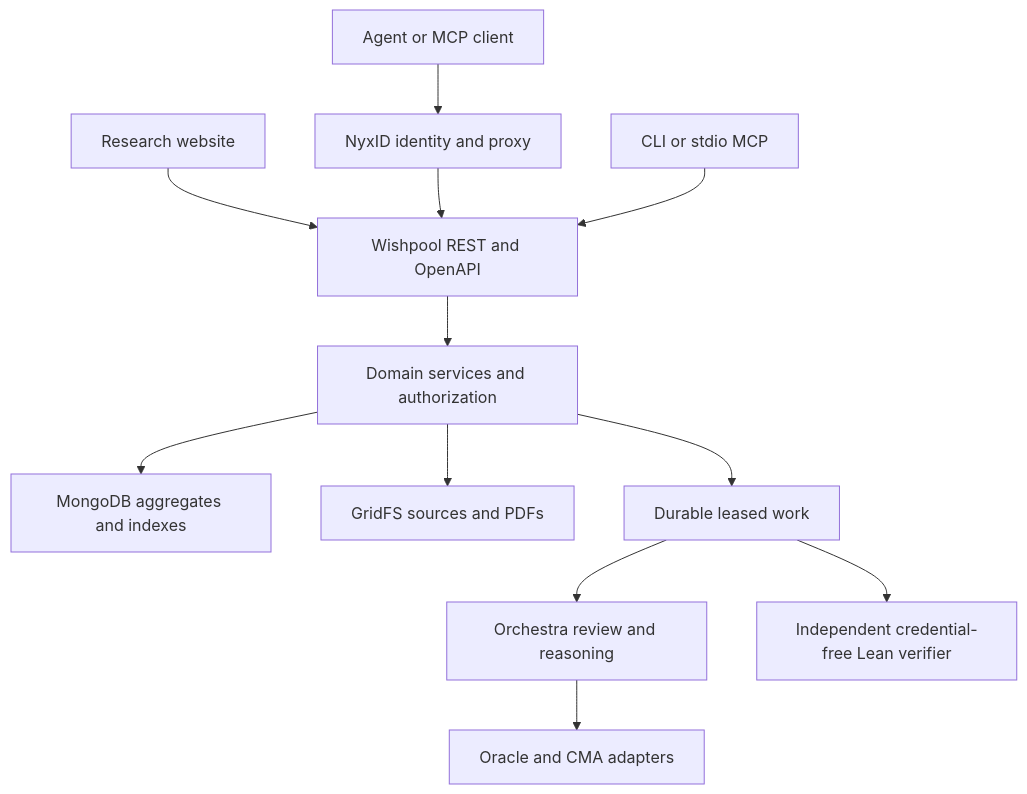
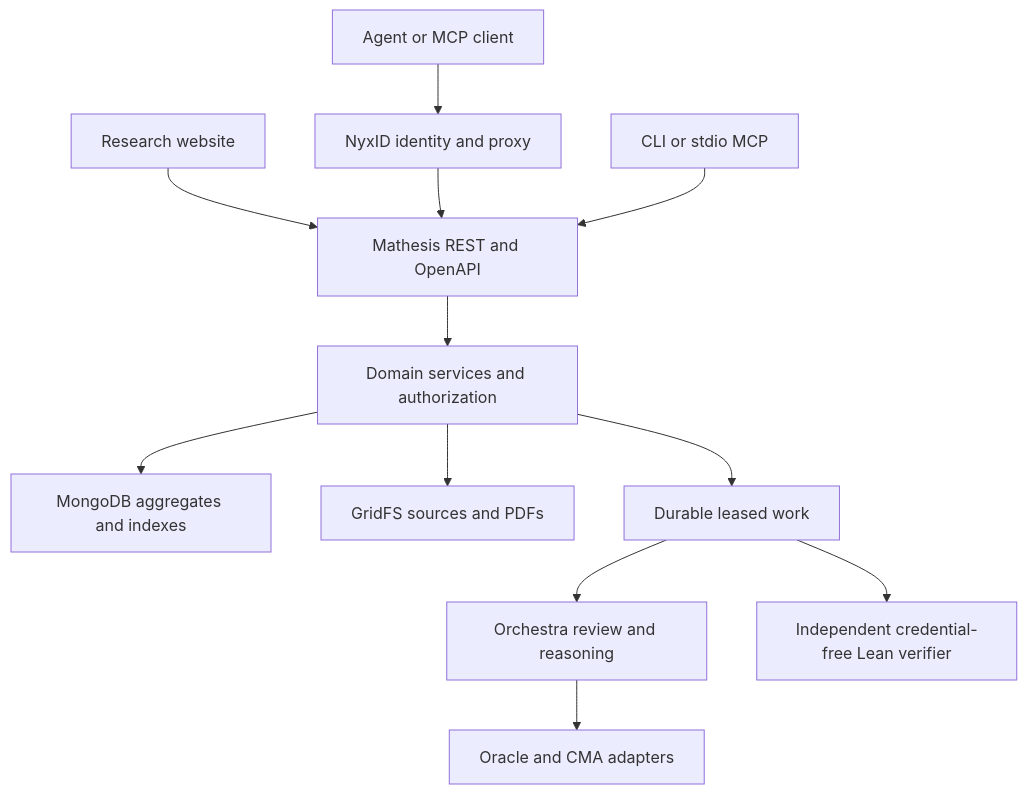
The diagram in docs/RESEARCH_SERVICES.md (chronoai-shining/mathesis), drawn with Mermaid before and after one commit. The commit also changed other lines of this file and 157 other files, not shown here.

````diff
--- a/docs/RESEARCH_SERVICES.md
+++ b/docs/RESEARCH_SERVICES.md
@@ -19,14 +19,14 @@
 ```mermaid
 flowchart TD
-  Web[Research website] --> REST[Wishpool REST and OpenAPI]
+  Web[Research website] --> REST[Mathesis REST and OpenAPI]
   Agent[Agent or MCP client] --> Nyx[NyxID identity and proxy]
   Nyx --> REST
   CLI[CLI or stdio MCP] --> REST
   REST --> Domain[Domain services and authorization]
   Domain --> Mongo[MongoDB aggregates and indexes]
   Domain --> Grid[GridFS sources and PDFs]
   Domain --> Queue[Durable leased work]
   Queue --> Orchestra[Orchestra review and reasoning]
   Orchestra --> Providers[Oracle and CMA adapters]
   Queue --> Verifier[Independent credential-free Lean verifier]
 ```
````
